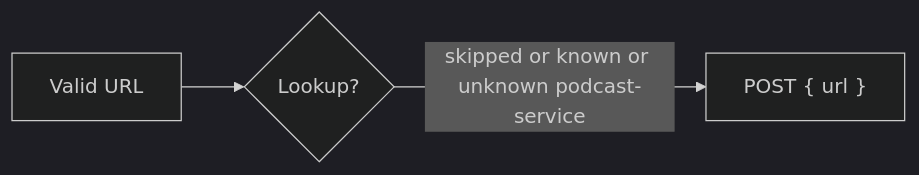
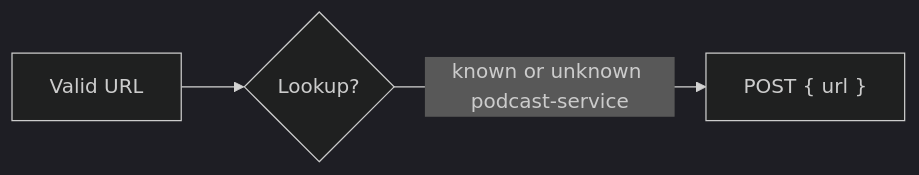
One commit to cultpodcasts/website changed the fourth of 9 diagrams in cultpodcasts/docs/submit-url-flows.md. Above: the diagram before and after it, drawn with Mermaid (dark theme). The commit also changed other lines of this file and 24 other files, not shown here.

````diff
--- a/cultpodcasts/docs/submit-url-flows.md
+++ b/cultpodcasts/docs/submit-url-flows.md
@@ -61,5 +98,5 @@
 ```mermaid
 flowchart LR
   U[Valid URL] --> L{Lookup?}
-  L -->|skipped or known or unknown podcast-service| S["POST { url }"]
+  L -->|known or unknown podcast-service| S["POST { url }"]
 ```
````
